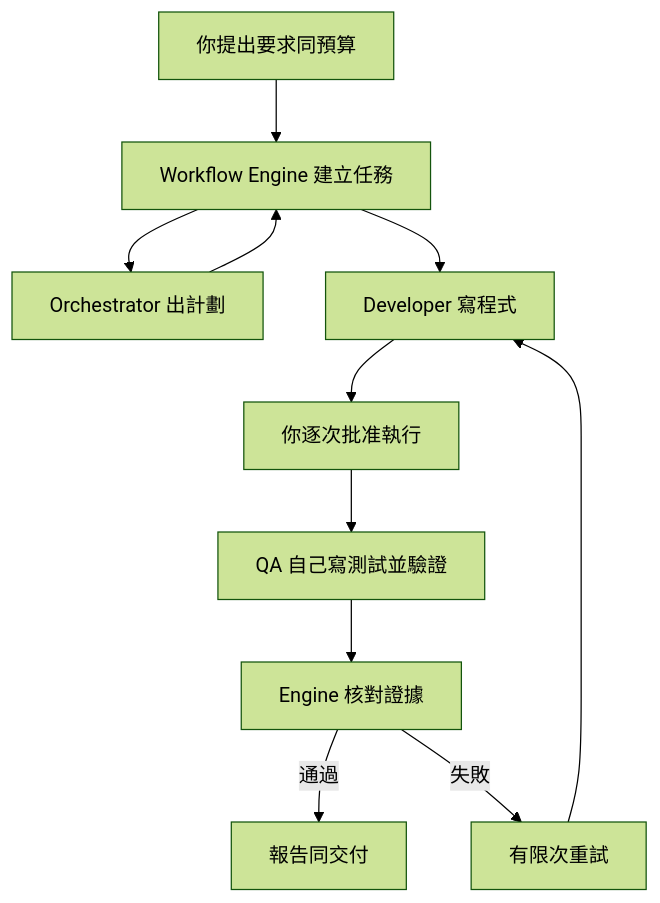
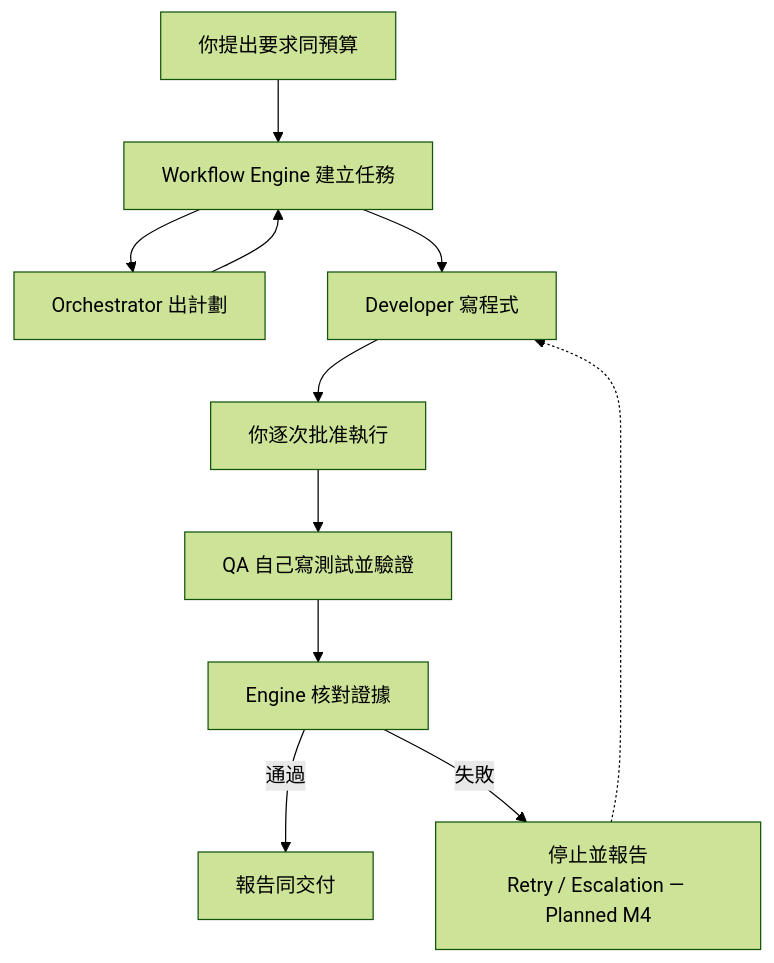
The diagram in README.md (yun07/AIEngineeringTeam), drawn with Mermaid (forest theme) before and after one commit. The commit also changed other lines of this file and 2 other files, not shown here.

Commit message:
docs: align project status and record hybrid architecture decision

````diff
--- a/README.md
+++ b/README.md
@@ -22,13 +26,13 @@
 ```mermaid
 flowchart TD
     A[你提出要求同預算] --> B[Workflow Engine 建立任務]
     B --> C[Orchestrator 出計劃]
     C --> B
     B --> D[Developer 寫程式]
     D --> E[你逐次批准執行]
     E --> F[QA 自己寫測試並驗證]
     F --> G[Engine 核對證據]
     G -->|通過| H[報告同交付]
-    G -->|失敗| I[有限次重試]
-    I --> D
+    G -->|失敗| I[停止並報告<br/>Retry / Escalation — Planned M4]
+    I -.-> D
 ```
````
